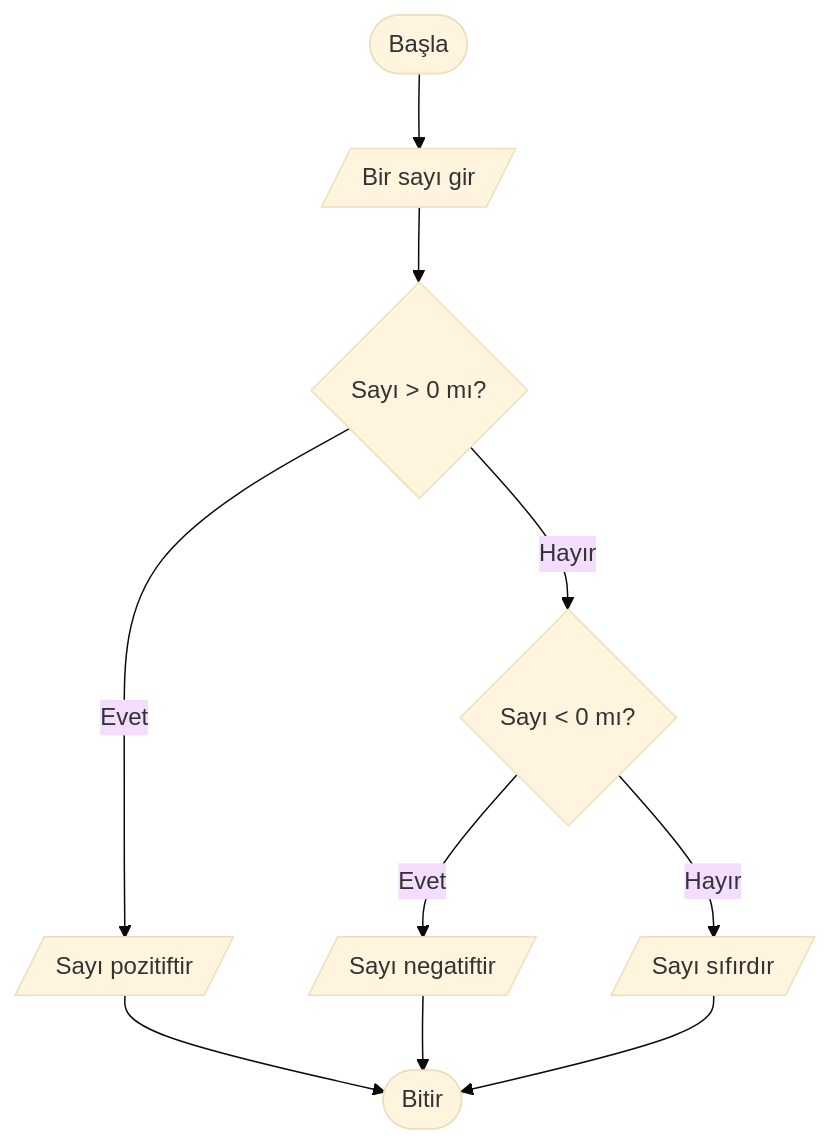
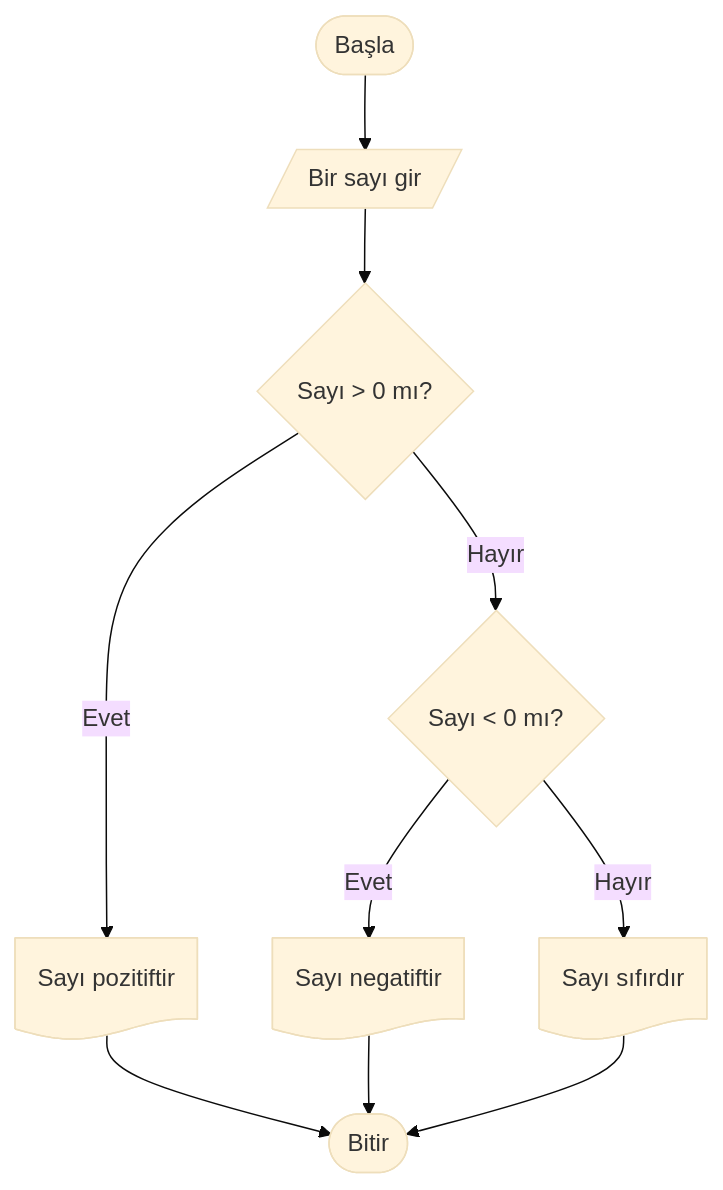
One commit to ibrahimayaz/Algoritma-ve-Programlamaya-Giris changed the sixth of 10 diagrams in Hafta_04_Akis_Diyagramlari_1.md. Above: the diagram before and after it, drawn with Mermaid (base theme). The commit also changed other lines of this file, not shown here.

````diff
--- a/Hafta_04_Akis_Diyagramlari_1.md
+++ b/Hafta_04_Akis_Diyagramlari_1.md
@@ -156,12 +157,12 @@
 ```mermaid
 graph TD
     A([Başla]) --> B[/Bir sayı gir/]
     B --> C{Sayı > 0 mı?}
-    C -- Evet --> D[/Sayı pozitiftir/]
+    C -- Evet --> D@{ shape: doc, label: "Sayı pozitiftir" }
     C -- Hayır --> E{Sayı < 0 mı?}
-    E -- Evet --> F[/Sayı negatiftir/]
-    E -- Hayır --> G[/Sayı sıfırdır/]
+    E -- Evet --> F@{ shape: doc, label: "Sayı negatiftir" }
+    E -- Hayır --> G@{ shape: doc, label: "Sayı sıfırdır" }
     D --> H([Bitir])
     F --> H
     G --> H
 ```
````
